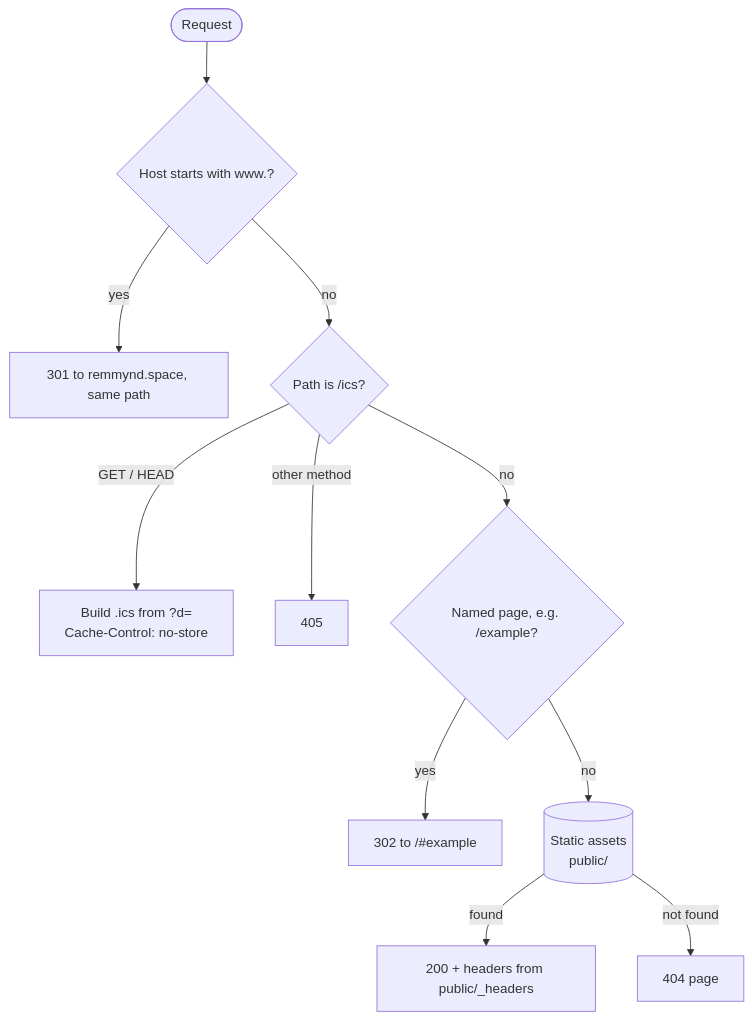
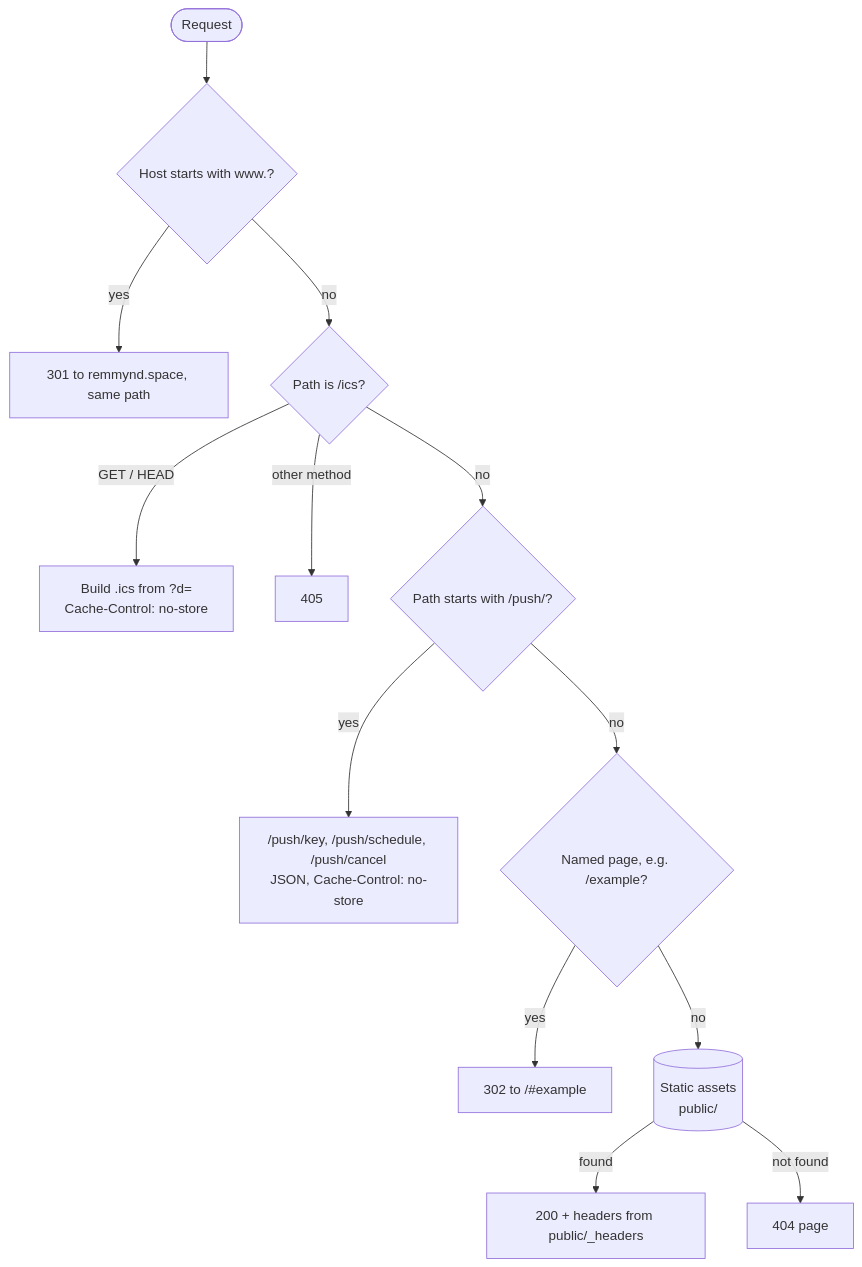
One commit to Remmynd/remmynd changed the third of 4 diagrams in docs/ARCHITECTURE.md. Above: the diagram before and after it, drawn with Mermaid. The commit also changed other lines of this file and 24 other files, not shown here.

````diff
--- a/docs/ARCHITECTURE.md
+++ b/docs/ARCHITECTURE.md
@@ -65,13 +101,15 @@
 ```mermaid
 flowchart TD
     R([Request]) --> W{Host starts with www.?}
     W -- yes --> RW[301 to remmynd.space, same path]
     W -- no --> I{Path is /ics?}
     I -- "GET / HEAD" --> ICS["Build .ics from ?d=<br/>Cache-Control: no-store"]
     I -- other method --> M405[405]
-    I -- no --> P{Named page, e.g. /example?}
+    I -- no --> PU{Path starts with /push/?}
+    PU -- yes --> PR["/push/key, /push/schedule, /push/cancel<br/>JSON, Cache-Control: no-store"]
+    PU -- no --> P{Named page, e.g. /example?}
     P -- yes --> RP["302 to /#example"]
     P -- no --> A[(Static assets<br/>public/)]
     A -- found --> OK[200 + headers from public/_headers]
     A -- not found --> NF[404 page]
 ```
````
